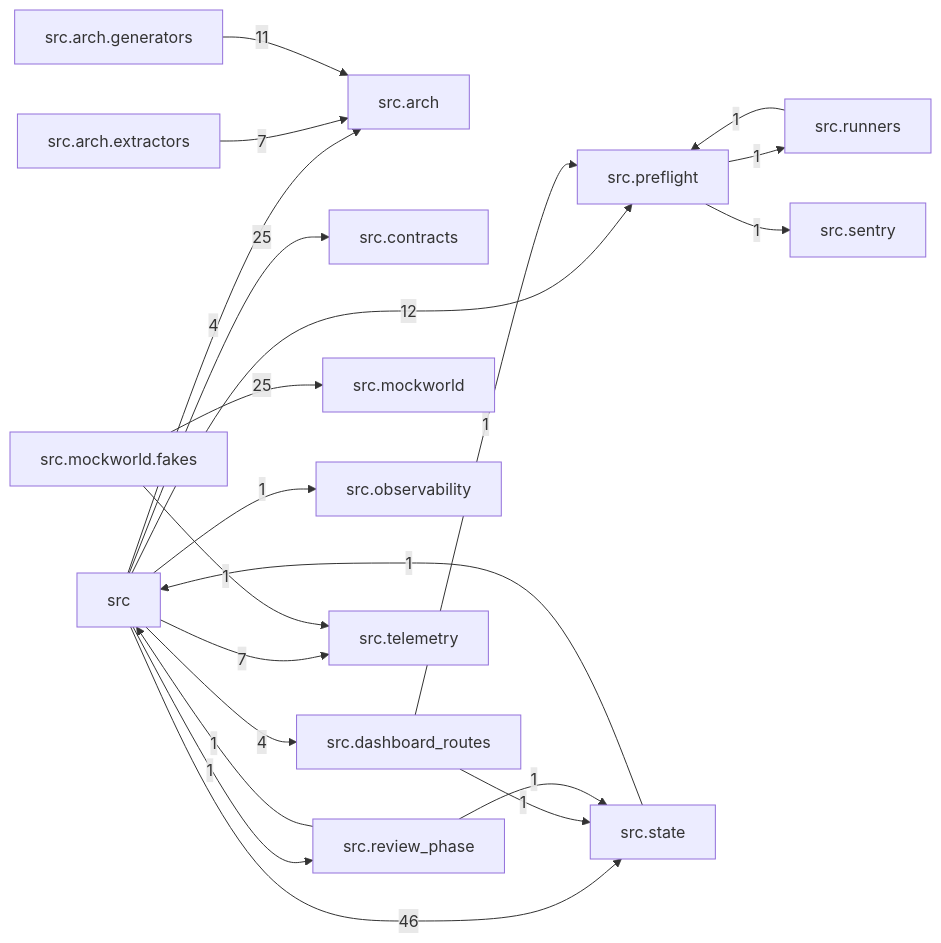
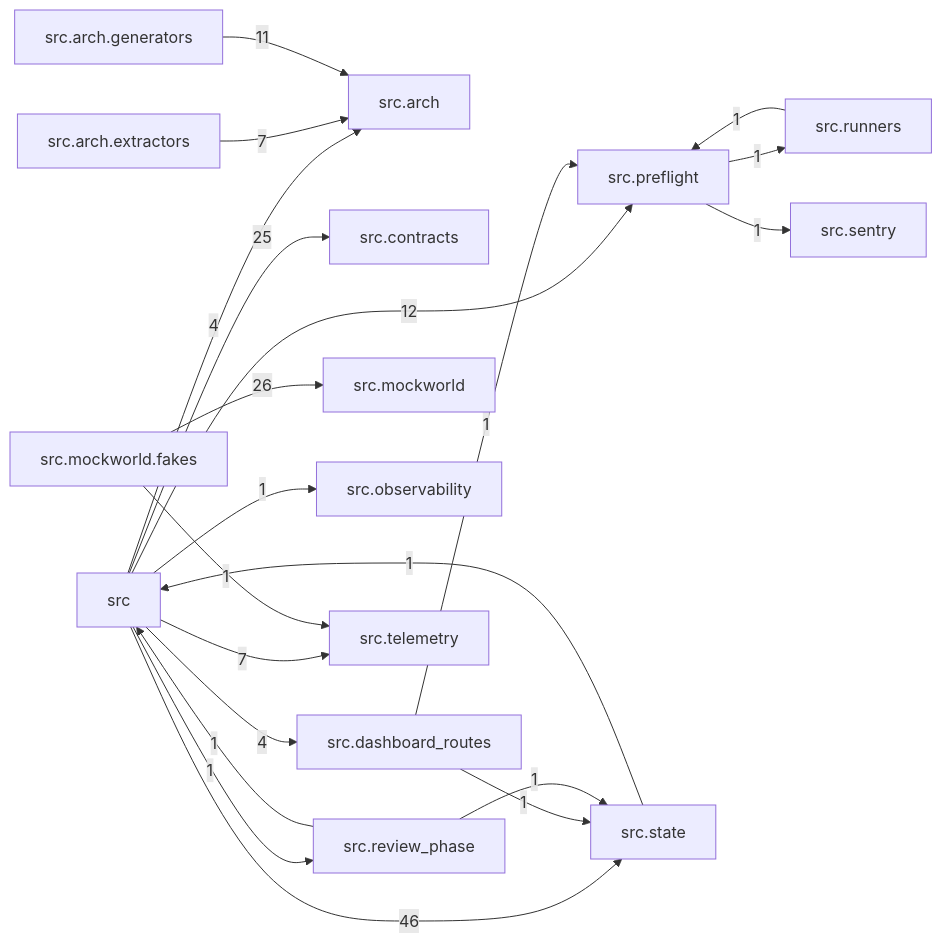
Before and after one commit to T-rav/hydraflow: the diagram in docs/arch/generated/modules.md, drawn with Mermaid. The commit also changed other lines of this file and 14 other files, not shown here.

````diff
--- a/docs/arch/generated/modules.md
+++ b/docs/arch/generated/modules.md
@@ -7,38 +7,38 @@
 ```mermaid
 graph LR
     src["src"]
     src_arch["src.arch"]
     src_arch_extractors["src.arch.extractors"]
     src_arch_generators["src.arch.generators"]
     src_contracts["src.contracts"]
     src_dashboard_routes["src.dashboard_routes"]
     src_mockworld["src.mockworld"]
     src_mockworld_fakes["src.mockworld.fakes"]
     src_observability["src.observability"]
     src_preflight["src.preflight"]
     src_review_phase["src.review_phase"]
     src_runners["src.runners"]
     src_sentry["src.sentry"]
     src_state["src.state"]
     src_telemetry["src.telemetry"]
     src -- "4" --> src_arch
     src -- "25" --> src_contracts
     src -- "4" --> src_dashboard_routes
     src -- "1" --> src_observability
     src -- "12" --> src_preflight
     src -- "1" --> src_review_phase
     src -- "46" --> src_state
     src -- "7" --> src_telemetry
     src_arch_extractors -- "7" --> src_arch
     src_arch_generators -- "11" --> src_arch
     src_dashboard_routes -- "1" --> src_preflight
     src_dashboard_routes -- "1" --> src_state
-    src_mockworld_fakes -- "25" --> src_mockworld
+    src_mockworld_fakes -- "26" --> src_mockworld
     src_mockworld_fakes -- "1" --> src_telemetry
     src_preflight -- "1" --> src_runners
     src_preflight -- "1" --> src_sentry
     src_review_phase -- "1" --> src
     src_review_phase -- "1" --> src_state
     src_runners -- "1" --> src_preflight
     src_state -- "1" --> src
 ```
````
